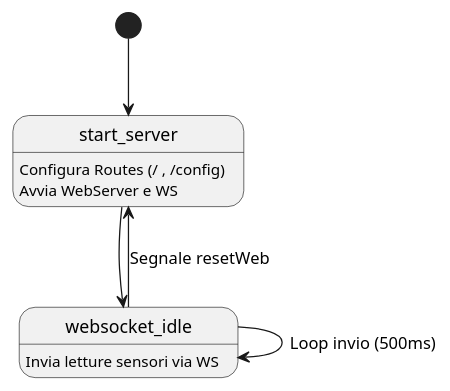
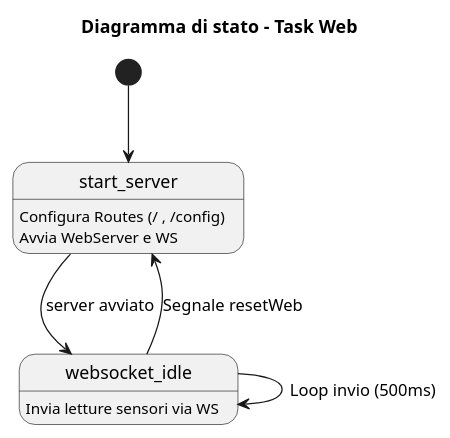
The diagram in uml/TaskWeb.puml (spedone/firmware_termometro_wifi), drawn with PlantUML before and after one commit. The commit also changed 13 other files, not shown here.

```diff
--- a/uml/TaskWeb.puml
+++ b/uml/TaskWeb.puml
@@ -1,17 +1,17 @@
 @startuml TaskWeb_State_Machine
+title Diagramma di stato - Task Web
 [*] --> start_server
 
 state start_server {
   start_server : Configura Routes (/ , /config)
   start_server : Avvia WebServer e WS
 }
 
 state websocket_idle {
   websocket_idle : Invia letture sensori via WS
 }
 
-start_server --> websocket_idle
-
+start_server --> websocket_idle : server avviato
 websocket_idle --> start_server : Segnale resetWeb
 websocket_idle --> websocket_idle : Loop invio (500ms)
 @enduml
```
